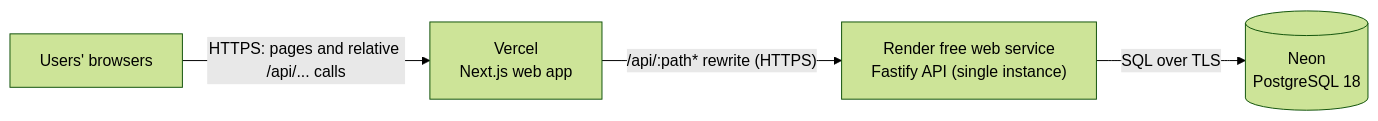
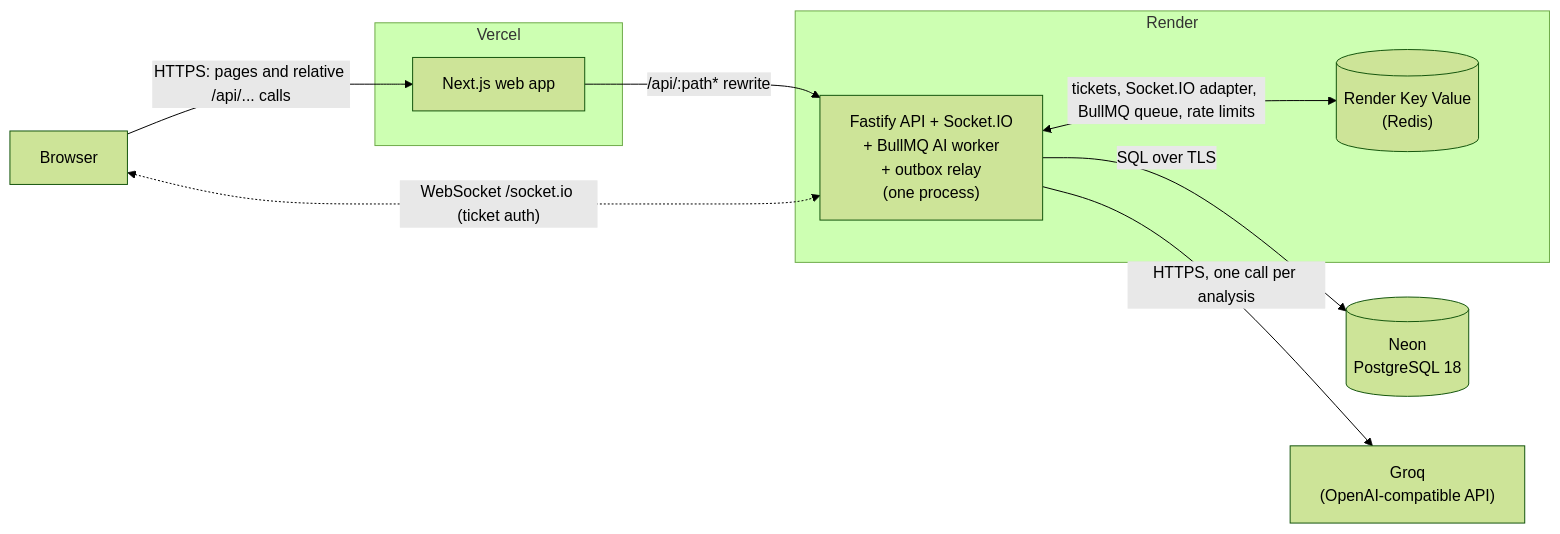
One commit to man-singh-dev/diffCraft changed the diagram in README.md. Above: the diagram before and after it, drawn with Mermaid (forest theme). The commit also changed other lines of this file and 34 other files, not shown here.

````diff
--- a/README.md
+++ b/README.md
@@ -93,11 +112,23 @@
 ```mermaid
 flowchart LR
-    U["Users' browsers"]
-    WEB["Vercel<br/>Next.js web app"]
-    API["Render free web service<br/>Fastify API (single instance)"]
+    B["Browser"]
+
+    subgraph Vercel
+        WEB["Next.js web app"]
+    end
+
+    subgraph Render
+        API["Fastify API + Socket.IO<br/>+ BullMQ AI worker<br/>+ outbox relay<br/>(one process)"]
+        KV[("Render Key Value<br/>(Redis)")]
+    end
+
     PG[("Neon<br/>PostgreSQL 18")]
+    LLM["Groq<br/>(OpenAI-compatible API)"]
 
-    U -- "HTTPS: pages and relative /api/... calls" --> WEB
-    WEB -- "/api/:path* rewrite (HTTPS)" --> API
+    B -- "HTTPS: pages and relative /api/... calls" --> WEB
+    WEB -- "/api/:path* rewrite" --> API
+    B <-. "WebSocket /socket.io (ticket auth)" .-> API
     API -- "SQL over TLS" --> PG
+    API <-- "tickets, Socket.IO adapter, BullMQ queue, rate limits" --> KV
+    API -- "HTTPS, one call per analysis" --> LLM
 ```
````
